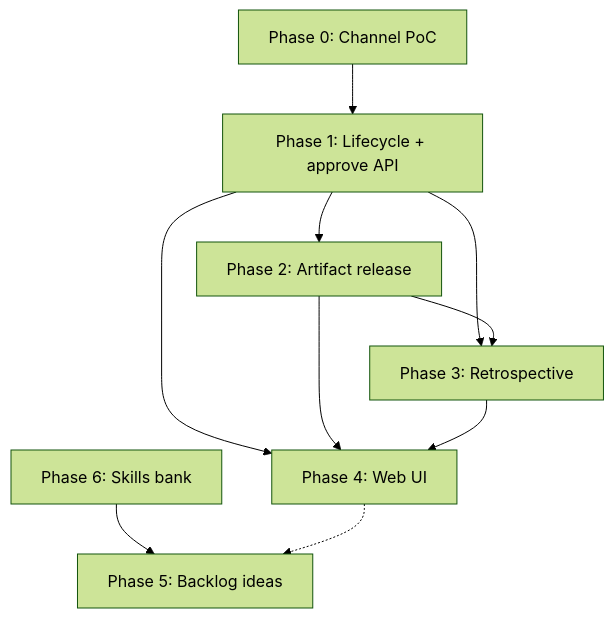
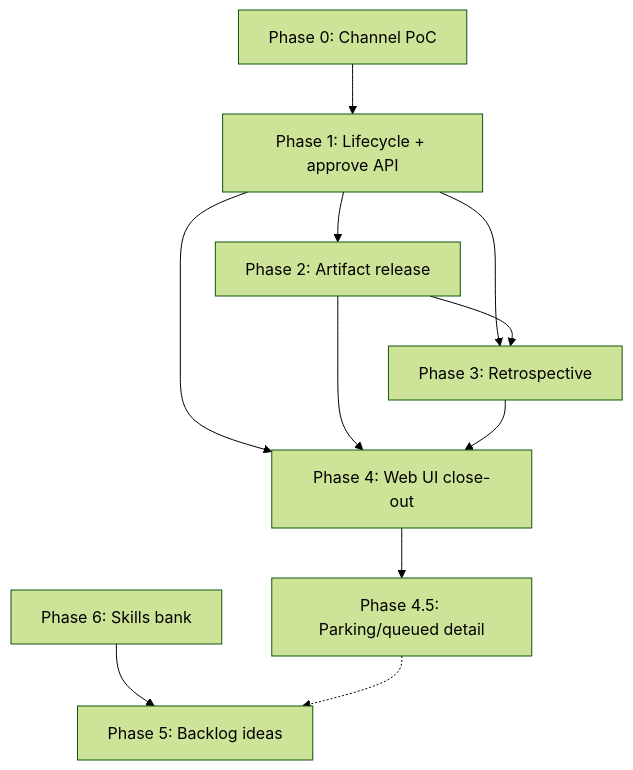
The diagram in ideas/0.3.0/implementation-plan.md (airicyu/guild), drawn with Mermaid (forest theme) before and after one commit. The commit also changed other lines of this file and 34 other files, not shown here.

````diff
--- a/ideas/0.3.0/implementation-plan.md
+++ b/ideas/0.3.0/implementation-plan.md
@@ -11,20 +11,22 @@
 ```mermaid
 flowchart TD
   P0[Phase 0: Channel PoC]
   P1[Phase 1: Lifecycle + approve API]
   P2[Phase 2: Artifact release]
   P3[Phase 3: Retrospective]
-  P4[Phase 4: Web UI]
+  P4[Phase 4: Web UI close-out]
+  P45[Phase 4.5: Parking/queued detail]
   P5[Phase 5: Backlog ideas]
   P6[Phase 6: Skills bank]
 
   P0 --> P1
   P1 --> P2
   P1 --> P3
   P2 --> P3
   P1 --> P4
   P2 --> P4
   P3 --> P4
+  P4 --> P45
   P6 --> P5
-  P4 -.-> P5
+  P45 -.-> P5
 ```
````
